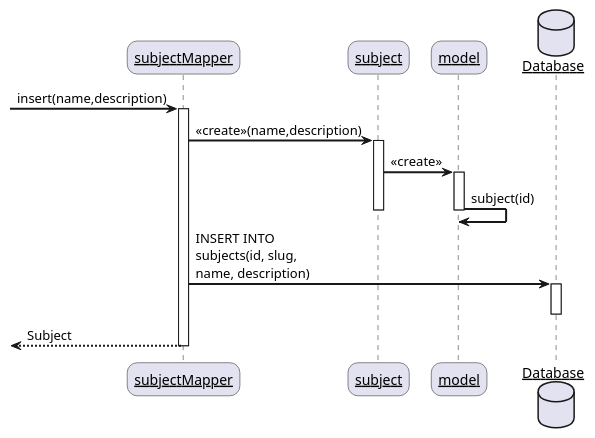
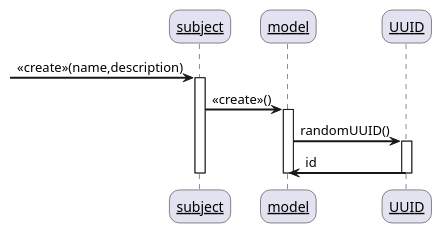
One commit to omjadas/ekzameno changed the diagram in docs/diagrams/sequence/identityField.puml. Above: the diagram before and after it, drawn with PlantUML.

Commit message:
fix: identity field sequence diagram

```diff
--- a/docs/diagrams/sequence/identityField.puml
+++ b/docs/diagrams/sequence/identityField.puml
@@ -1,34 +1,26 @@
 @startuml Identity Field
 
 skinparam sequenceArrowThickness 2
 skinparam roundcorner 20
 skinparam maxmessagesize 140
 skinparam sequenceParticipant underline
 
-participant "subjectMapper" as A
 participant "subject" as B
 participant "model" as C
-database Database as D
+participant "UUID" as D
 
--> A: insert(name,description)
-activate A
-
-A -> B: <<create>>(name,description)
+-> B: <<create>>(name,description)
 activate B 
 
-B -> C: <<create>>
+B -> C: <<create>>()
 activate C
 
-C -> C:subject(id)
+C -> D:randomUUID()
+activate D
+
+D -> C: id
+deactivate D
 deactivate C
 deactivate B
 
-A -> D: INSERT INTO subjects(id, slug, name, description)
-activate D
-
-deactivate D
-
-<-- A : Subject
-deactivate A
-
 @enduml
```
